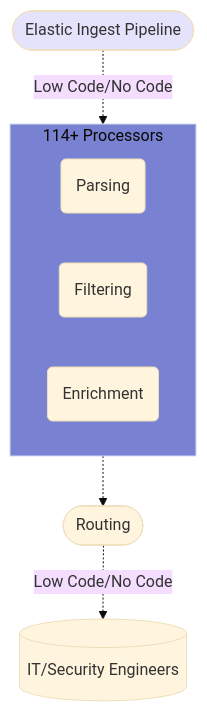
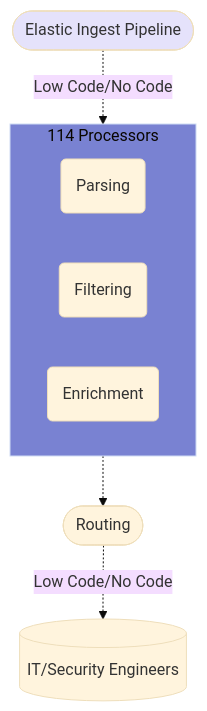
Before and after one commit to VirtualMetric/virtualmetric-docs: the seventh of 8 diagrams in docs/about/key-features.mdx, drawn with Mermaid (base theme). The commit also changed other lines of this file and 2 other files, not shown here.

Commit message:
Minor corrections

````diff
--- a/docs/about/key-features.mdx
+++ b/docs/about/key-features.mdx
@@ -297,17 +297,17 @@
 ```mermaid
 graph TD
     EIP([Elastic Ingest Pipeline])
     
-    subgraph Processors[114+ Processors]
+    subgraph Processors[114 Processors]
         P1(Parsing)
         P2(Filtering)
         P3(Enrichment)
     end
     
     EIP -.-> |Low Code/No Code| Processors
     Processors -.-> Routing([Routing])
     Routing -.->  |Low Code/No Code| Engineers[(IT/Security Engineers)]
     
     style EIP fill:#E5E2FB
     style Processors fill:#7982D2
 ```
````
